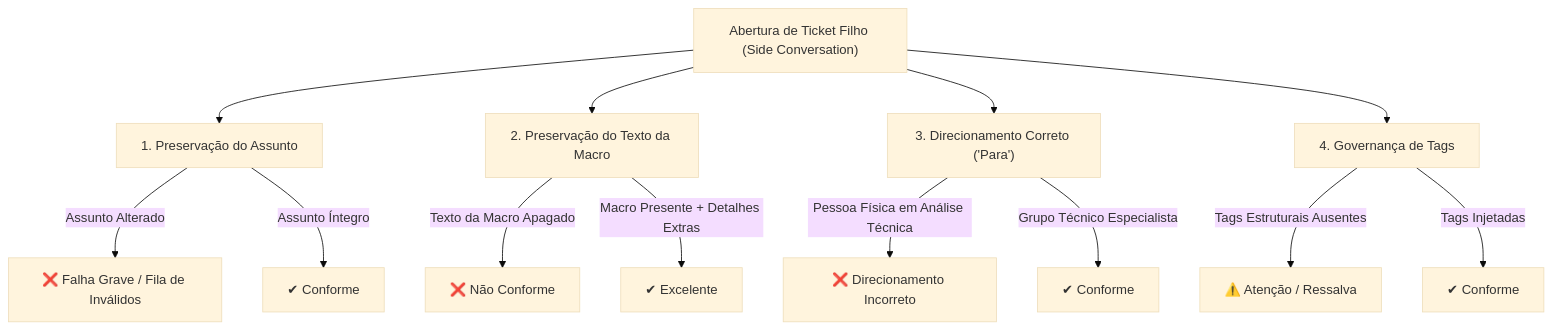
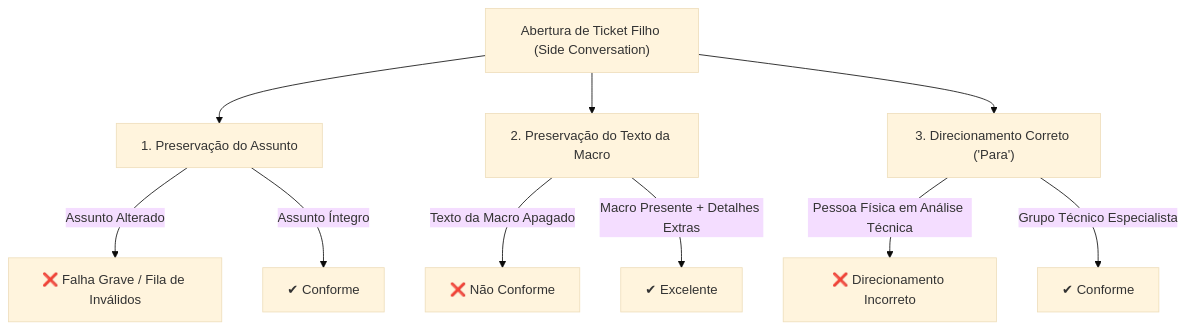
One commit to allanscode/QualiTrack changed the diagram in docs/specs/manual-avaliacao-tickets-filhos.md. Above: the diagram before and after it, drawn with Mermaid (base theme). The commit also changed other lines of this file and 37 other files, not shown here.

````diff
--- a/docs/specs/manual-avaliacao-tickets-filhos.md
+++ b/docs/specs/manual-avaliacao-tickets-filhos.md
@@ -23,19 +23,16 @@
 ```mermaid
 flowchart TD
     TF["Abertura de Ticket Filho (Side Conversation)"] --> Q1["1. Preservação do Assunto"]
     TF --> Q2["2. Preservação do Texto da Macro"]
     TF --> Q3["3. Direcionamento Correto ('Para')"]
-    TF --> Q4["4. Governança de Tags"]
     
     Q1 -->|Assunto Alterado| INV["❌ Falha Grave / Fila de Inválidos"]
     Q1 -->|Assunto Íntegro| OK1["✔ Conforme"]
     
     Q2 -->|Texto da Macro Apagado| REP["❌ Não Conforme"]
     Q2 -->|Macro Presente + Detalhes Extras| OK2["✔ Excelente"]
     
     Q3 -->|Pessoa Física em Análise Técnica| ERRO["❌ Direcionamento Incorreto"]
     Q3 -->|Grupo Técnico Especialista| OK3["✔ Conforme"]
     
-    Q4 -->|Tags Estruturais Ausentes| ATN["⚠️ Atenção / Ressalva"]
-    Q4 -->|Tags Injetadas| OK4["✔ Conforme"]
 ```
````
